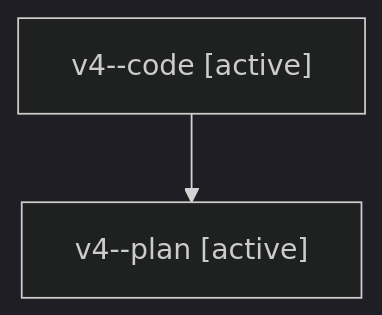
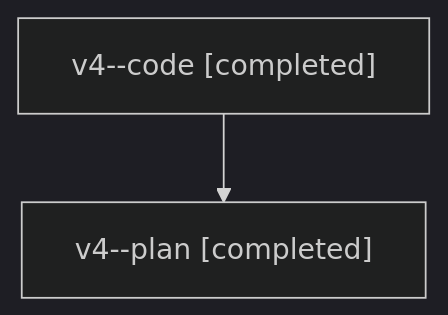
One commit to sase-org/sase--agents changed the diagram in families/bbugyi200.athena.v4.md. Above: the diagram before and after it, drawn with Mermaid (dark theme). The commit also changed other lines of this file and 4556 other files, not shown here.

````diff
--- a/families/bbugyi200.athena.v4.md
+++ b/families/bbugyi200.athena.v4.md
@@ -9,6 +9,6 @@
 ```mermaid
 flowchart TD
-  n0["v4--code [active]"]
-  n1["v4--plan [active]"]
+  n0["v4--code [completed]"]
+  n1["v4--plan [completed]"]
   n0 --> n1
 ```
````
